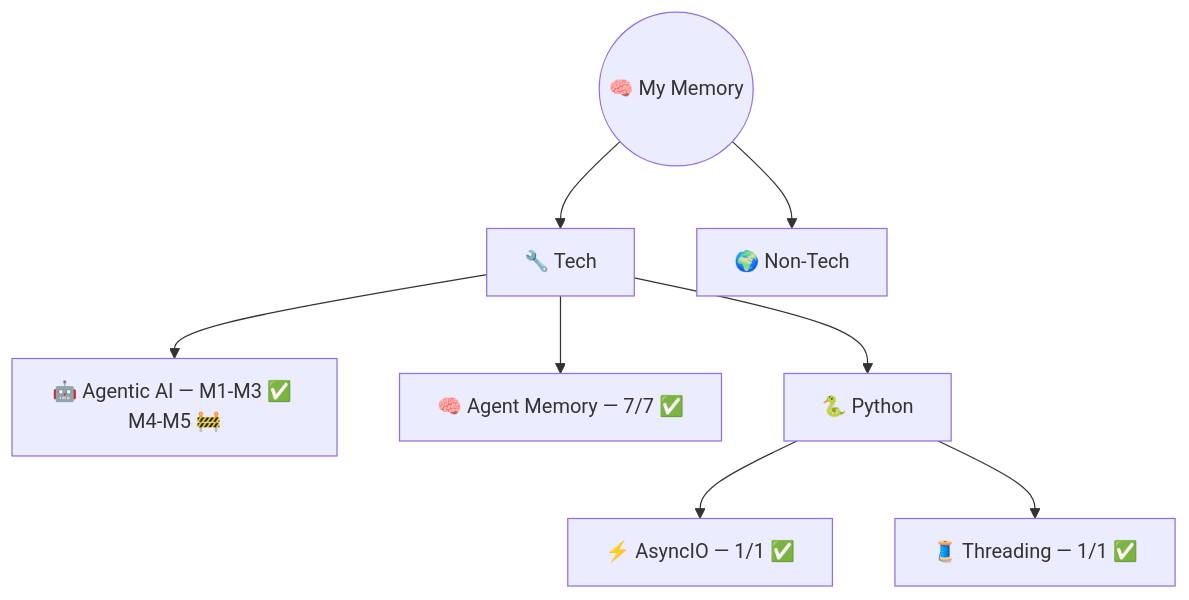
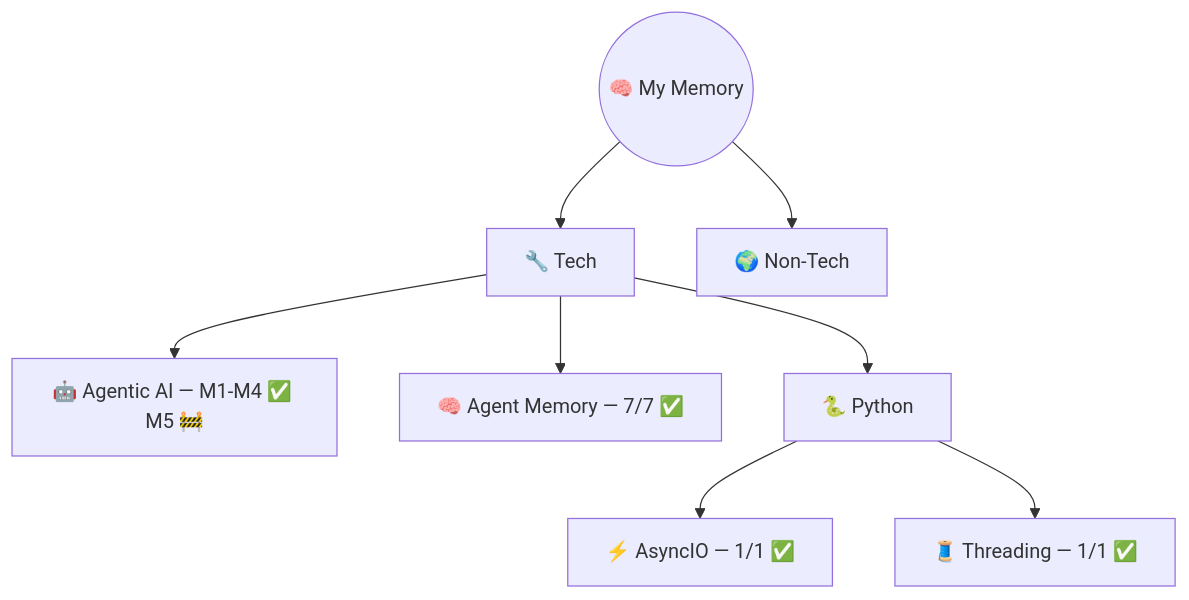
One commit to AyushSonuu/my-memory changed the diagram in README.md. Above: the diagram before and after it, drawn with Mermaid. The commit also changed other lines of this file and 10 other files, not shown here.

````diff
--- a/README.md
+++ b/README.md
@@ -24,12 +19,12 @@
 ```mermaid
 graph TB
     ROOT(("🧠 My Memory"))
     ROOT --> TECH["🔧 Tech"]
     ROOT --> NT["🌍 Non-Tech"]
     
-    TECH --> AG["🤖 Agentic AI — M1-M3 ✅ M4-M5 🚧"]
+    TECH --> AG["🤖 Agentic AI — M1-M4 ✅ M5 🚧"]
     TECH --> AM["🧠 Agent Memory — 7/7 ✅"]
     TECH --> PY["🐍 Python"]
     PY --> AIO["⚡ AsyncIO — 1/1 ✅"]
     PY --> THR["🧵 Threading — 1/1 ✅"]
 ```
````
